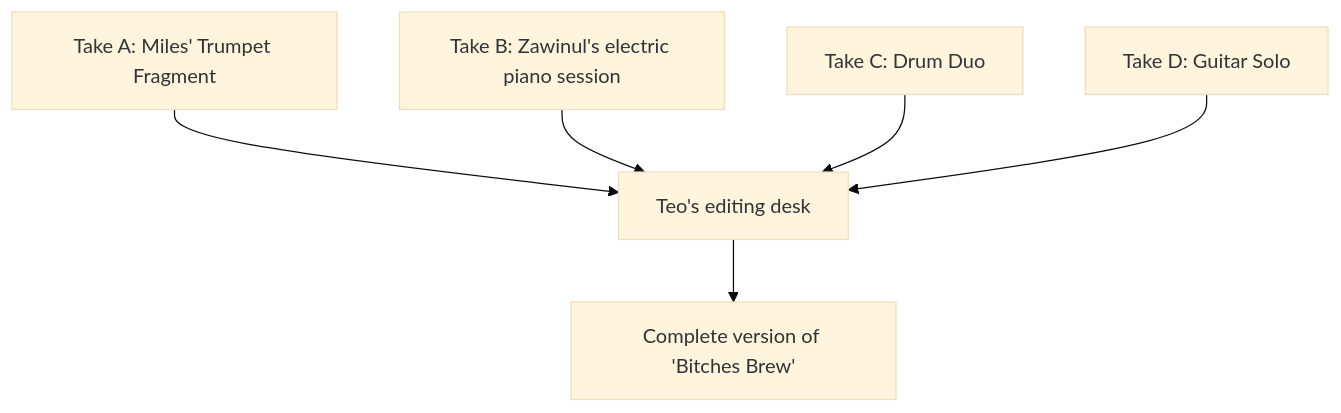
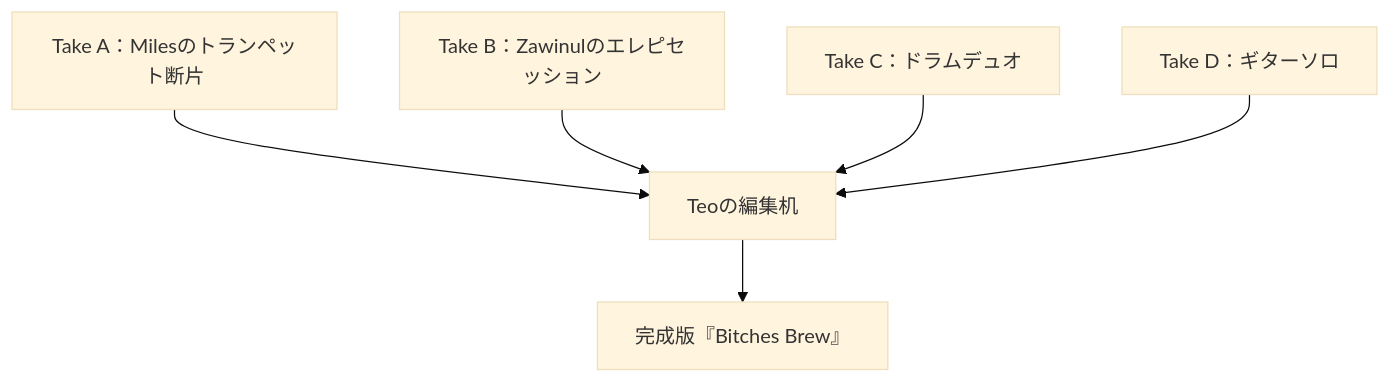
The second of 12 diagrams in en/_posts/2025-10-28-column-macero-miles.md (monumental-movement/monumental-movement.github.io), drawn with Mermaid (base theme) before and after one commit. The commit also changed other lines of this file and 2196 other files, not shown here.

```diff
--- a/en/_posts/2025-10-28-column-macero-miles.md
+++ b/en/_posts/2025-10-28-column-macero-miles.md
@@ -97,16 +97,16 @@
 <div class="mermaid">
 
 graph TD
-    T1["Take A: Miles' Trumpet Fragment"]
-    T2["Take B: Zawinul's electric piano session"]
-    T3["Take C: Drum Duo"]
-    T4["Take D: Guitar Solo"]
-    E["Teo's editing desk"]
-    F["Complete version of 'Bitches Brew'"]
+    T1["Take A：Milesのトランペット断片"]
+    T2["Take B：Zawinulのエレピセッション"]
+    T3["Take C：ドラムデュオ"]
+    T4["Take D：ギターソロ"]
+    E["Teoの編集机"]
+    F["完成版『Bitches Brew』"]
     T1 --> E
     T2 --> E
     T3 --> E
     T4 --> E
     E --> F
 
 </div>
```
